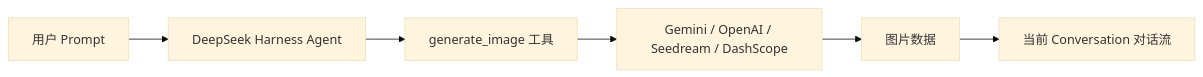
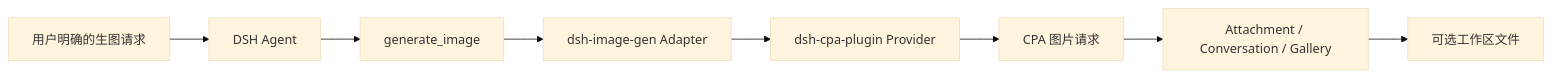
The diagram in README.zh-CN.md (LiuRJ99/dsh-image-gen), drawn with Mermaid (base theme) before and after one commit. The commit also changed other lines of this file and 7 other files, not shown here.

Commit message:
docs: document CPA-backed image generation

````diff
--- a/README.zh-CN.md
+++ b/README.zh-CN.md
@@ -52,8 +39,10 @@
 ```mermaid
-graph LR
-    A[用户 Prompt] --> B[DeepSeek Harness Agent]
-    B --> C[generate_image 工具]
-    C --> D[Gemini / OpenAI / Seedream / DashScope]
-    D --> E[图片数据]
-    E --> F[当前 Conversation 对话流]
+flowchart LR
+    A[用户明确的生图请求] --> B[DSH Agent]
+    B --> C[generate_image]
+    C --> D[dsh-image-gen Adapter]
+    D --> E[dsh-cpa-plugin Provider]
+    E --> F[CPA 图片请求]
+    F --> G[Attachment / Conversation / Gallery]
+    G --> H[可选工作区文件]
 ```
````
